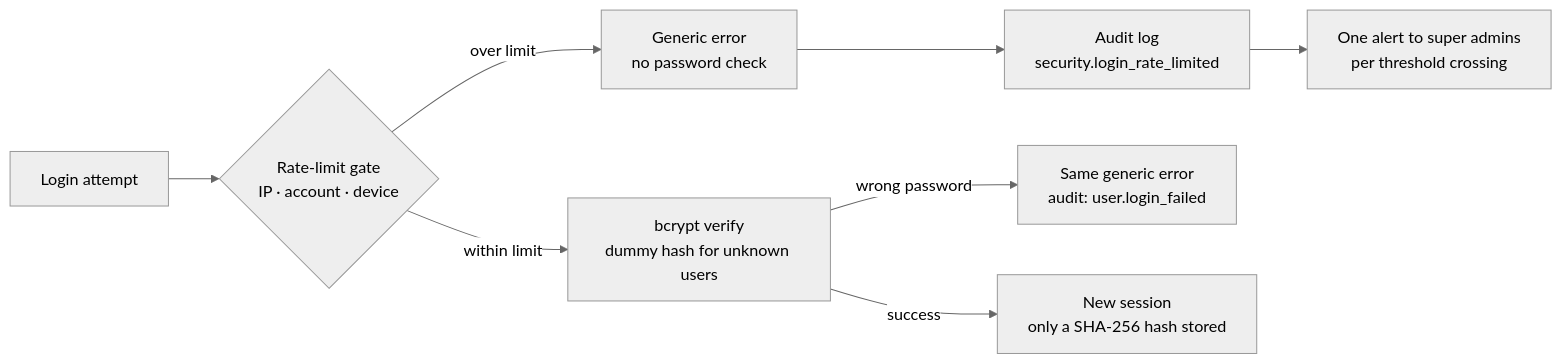
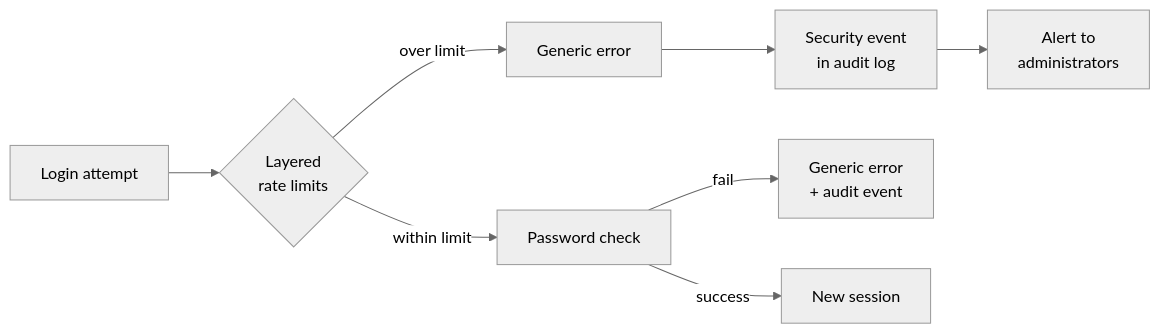
The first of 2 diagrams in README.md (joniso2/on-it), drawn with Mermaid (neutral theme) before and after one commit. The commit also changed other lines of this file, not shown here.

````diff
--- a/README.md
+++ b/README.md
@@ -100,10 +97,10 @@
 ```mermaid
 flowchart LR
-    A["Login attempt"] --> B{"Rate-limit gate<br/>IP · account · device"}
-    B -- "over limit" --> C["Generic error<br/>no password check"]
-    C --> D["Audit log<br/>security.login_rate_limited"]
-    D --> E["One alert to super admins<br/>per threshold crossing"]
-    B -- "within limit" --> F["bcrypt verify<br/>dummy hash for unknown users"]
-    F -- "wrong password" --> G["Same generic error<br/>audit: user.login_failed"]
-    F -- "success" --> H["New session<br/>only a SHA-256 hash stored"]
+    A["Login attempt"] --> B{"Layered<br/>rate limits"}
+    B -- "over limit" --> C["Generic error"]
+    C --> D["Security event<br/>in audit log"]
+    D --> E["Alert to<br/>administrators"]
+    B -- "within limit" --> F["Password check"]
+    F -- "fail" --> G["Generic error<br/>+ audit event"]
+    F -- "success" --> H["New session"]
 ```
````
